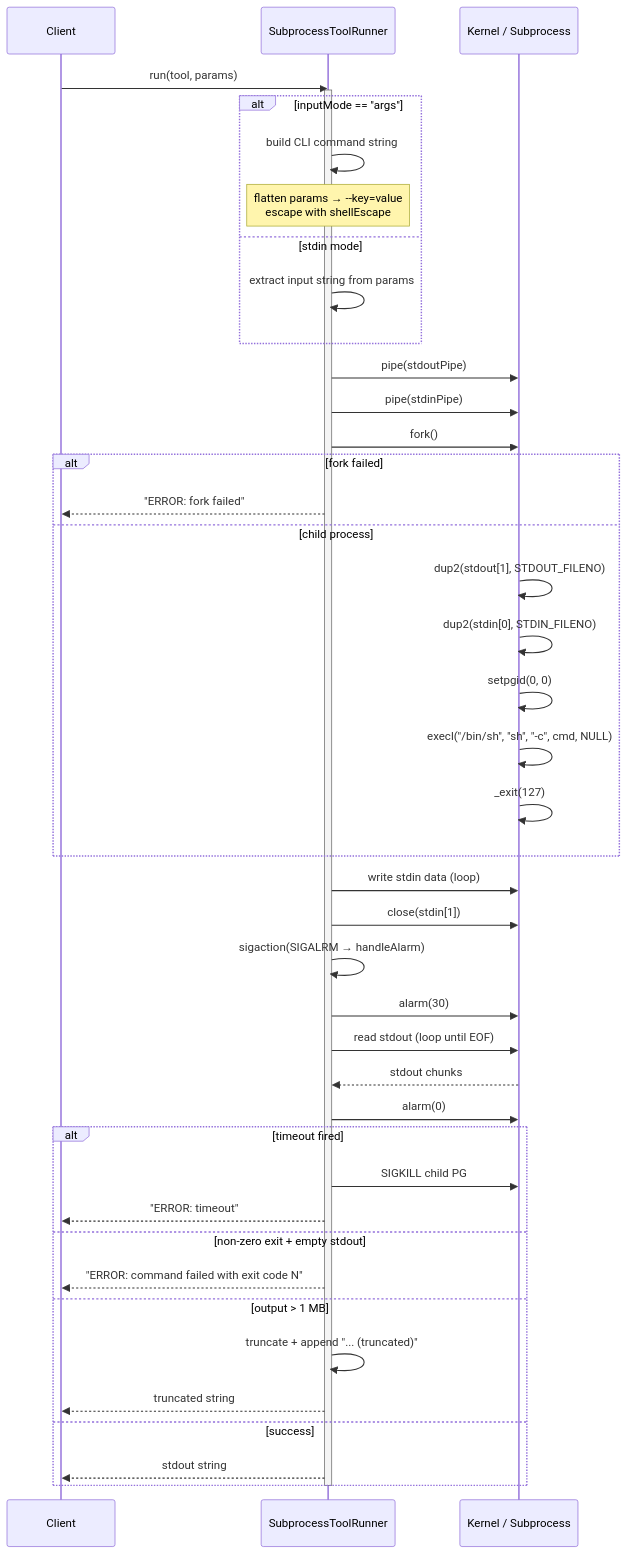
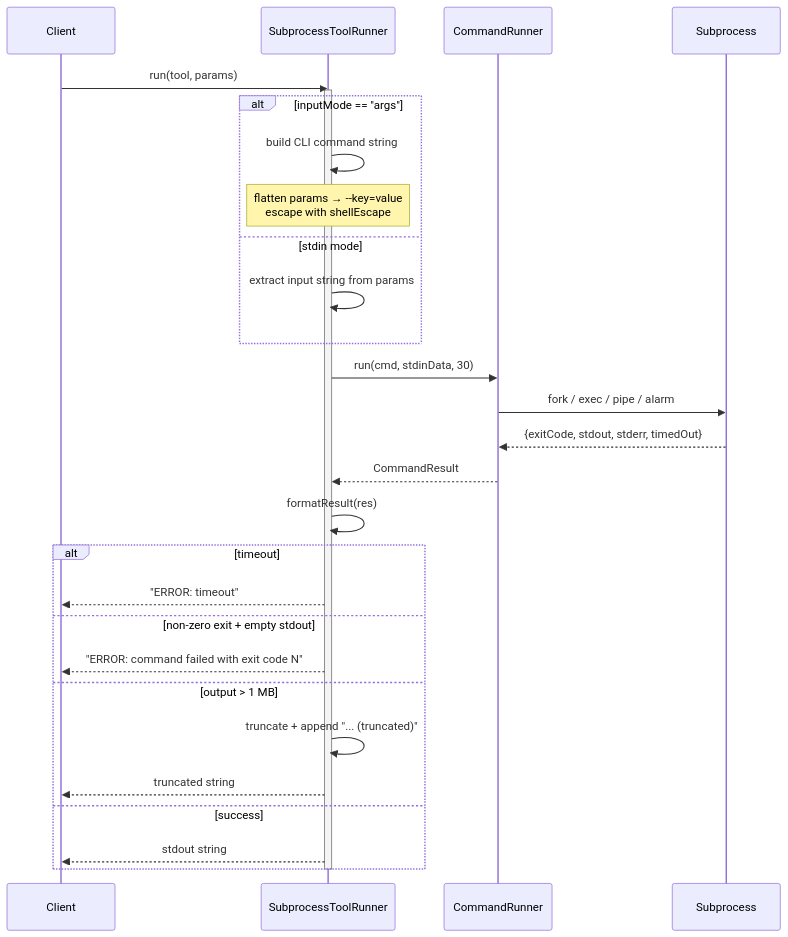
One commit to opensassi/a0 changed the second of 2 diagrams in src/tool_runner.spec.md. Above: the diagram before and after it, drawn with Mermaid. The commit also changed other lines of this file and 40 other files, not shown here.

Commit message:
2026-05-29-skills-persistence-command-runner-18e71a0dbffe4Aco1VAu5qiYN7

````diff
--- a/src/tool_runner.spec.md
+++ b/src/tool_runner.spec.md
@@ -63,51 +51,36 @@
 ```mermaid
 sequenceDiagram
     participant Client
     participant STR as SubprocessToolRunner
-    participant OS as Kernel / Subprocess
+    participant CR as CommandRunner
+    participant OS as Subprocess
 
     Client->>STR: run(tool, params)
     activate STR
 
     alt inputMode == "args"
         STR->>STR: build CLI command string
         Note over STR: flatten params → --key=value<br/>escape with shellEscape
     else stdin mode
         STR->>STR: extract input string from params
     end
 
-    STR->>OS: pipe(stdoutPipe)
-    STR->>OS: pipe(stdinPipe)
-    STR->>OS: fork()
-    alt fork failed
-        STR-->>Client: "ERROR: fork failed"
-    else child process
-        OS->>OS: dup2(stdout[1], STDOUT_FILENO)
-        OS->>OS: dup2(stdin[0], STDIN_FILENO)
-        OS->>OS: setpgid(0, 0)
-        OS->>OS: execl("/bin/sh", "sh", "-c", cmd, NULL)
-        OS->>OS: _exit(127)
-    end
+    STR->>CR: run(cmd, stdinData, 30)
+    CR->>OS: fork / exec / pipe / alarm
+    OS-->>CR: {exitCode, stdout, stderr, timedOut}
+    CR-->>STR: CommandResult
+    STR->>STR: formatResult(res)
 
-    STR->>OS: write stdin data (loop)
-    STR->>OS: close(stdin[1])
-    STR->>STR: sigaction(SIGALRM → handleAlarm)
-    STR->>OS: alarm(30)
-    STR->>OS: read stdout (loop until EOF)
-    OS-->>STR: stdout chunks
-    STR->>OS: alarm(0)  # cancel timeout
-
-    alt timeout fired
-        STR->>OS: SIGKILL child PG
+    alt timeout
         STR-->>Client: "ERROR: timeout"
     else non-zero exit + empty stdout
         STR-->>Client: "ERROR: command failed with exit code N"
     else output > 1 MB
         STR->>STR: truncate + append "... (truncated)"
         STR-->>Client: truncated string
     else success
         STR-->>Client: stdout string
     end
 
     deactivate STR
 ```
````
